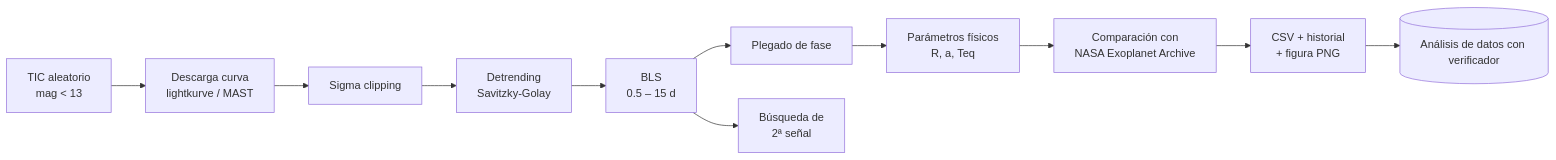
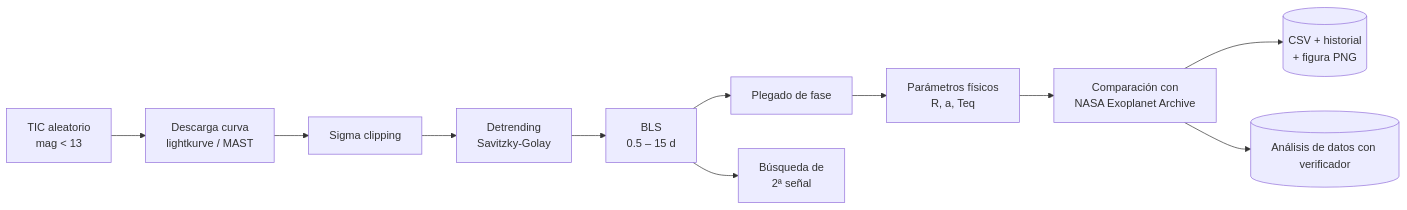
One commit to GaelMelga/Detector_exoplanetas changed the diagram in README.md. Above: the diagram before and after it, drawn with Mermaid.

````diff
--- a/README.md
+++ b/README.md
@@ -35,13 +35,13 @@
 ```mermaid
 flowchart LR
     A[TIC aleatorio<br/>mag &lt; 13] --> B[Descarga curva<br/>lightkurve / MAST]
     B --> C[Sigma clipping]
     C --> D[Detrending<br/>Savitzky-Golay]
     D --> E[BLS<br/>0.5 – 15 d]
     E --> F[Plegado de fase]
     E --> G[Búsqueda de<br/>2ª señal]
     F --> H[Parámetros físicos<br/>R, a, Teq]
     H --> I[Comparación con<br/>NASA Exoplanet Archive]
-    I --> J[CSV + historial<br/>+ figura PNG]
-    J --> K[(Análisis de datos con verificador)]
+    I --> J[(CSV + historial<br/>+ figura PNG)]
+    I --> K[(Análisis de datos con verificador)]
 ```
````
